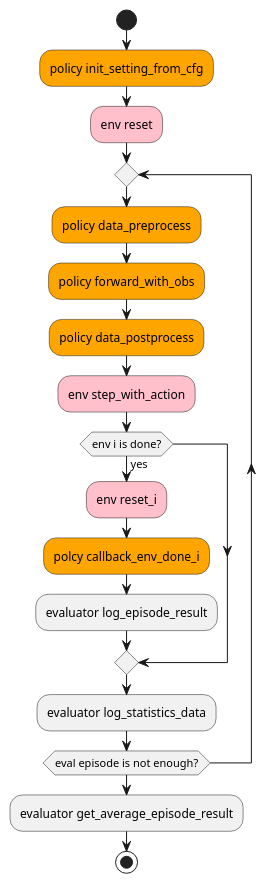
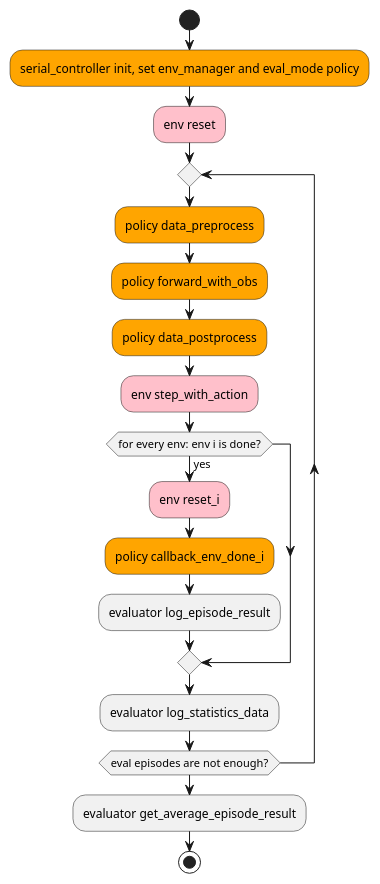
One commit to opendilab/DI-engine changed the diagram in nervex/design/serial_evaluator.puml. Above: the diagram before and after it, drawn with PlantUML. The commit also changed 9 other files, not shown here.

Commit message:
modify serial design uml

```diff
--- a/nervex/design/serial_evaluator.puml
+++ b/nervex/design/serial_evaluator.puml
@@ -1,19 +1,19 @@
-@startuml
+@startuml serial_evaluator
 start
-#orange:policy init_setting_from_cfg;
+#orange:serial_controller init, set env_manager and eval_mode policy;
 #pink:env reset;
 repeat
   #orange:policy data_preprocess;
   #orange:policy forward_with_obs;
   #orange:policy data_postprocess;
   #pink:env step_with_action;
-  if (env i is done?) then (yes)
+  if (for every env: env i is done?) then (yes)
     #pink:env reset_i;
-    #orange:polcy callback_env_done_i;
+    #orange:policy callback_env_done_i;
     :evaluator log_episode_result;
   endif
   :evaluator log_statistics_data;
-repeat while (eval episode is not enough?)
+repeat while (eval episodes are not enough?)
 :evaluator get_average_episode_result;
 stop
 @enduml
```
